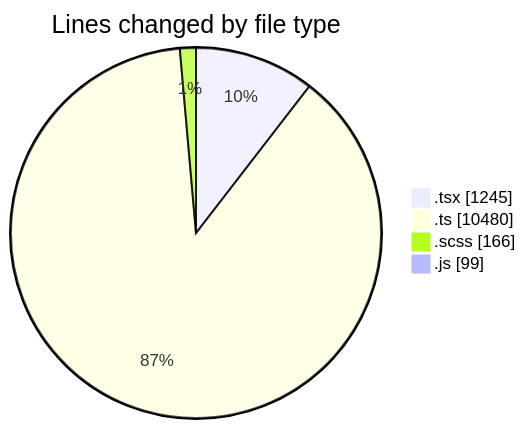
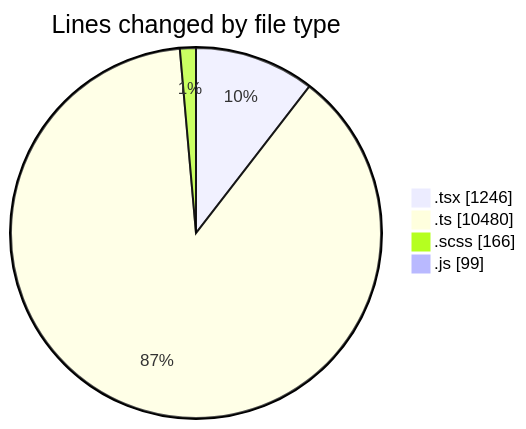
The first of 2 diagrams in 2025-03-26/cda/README.md (momahboobian/code-tracking), drawn with Mermaid before and after one commit. The commit also changed other lines of this file and 1 other file, not shown here.

````diff
--- a/2025-03-26/cda/README.md
+++ b/2025-03-26/cda/README.md
@@ -43,8 +43,8 @@
 ```mermaid
 pie showData
 title Lines changed by file type
-".tsx" : 1245
+".tsx" : 1246
 ".ts" : 10480
 ".scss" : 166
 ".js" : 99
 ```
````
